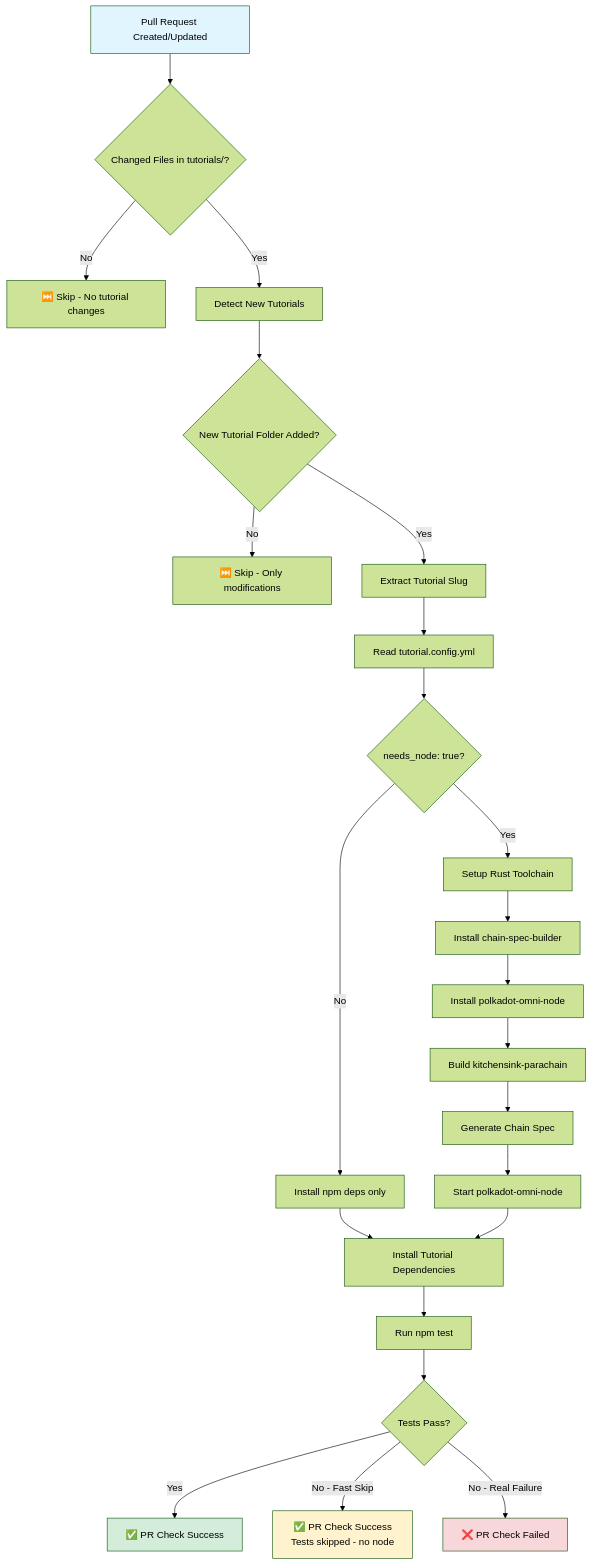
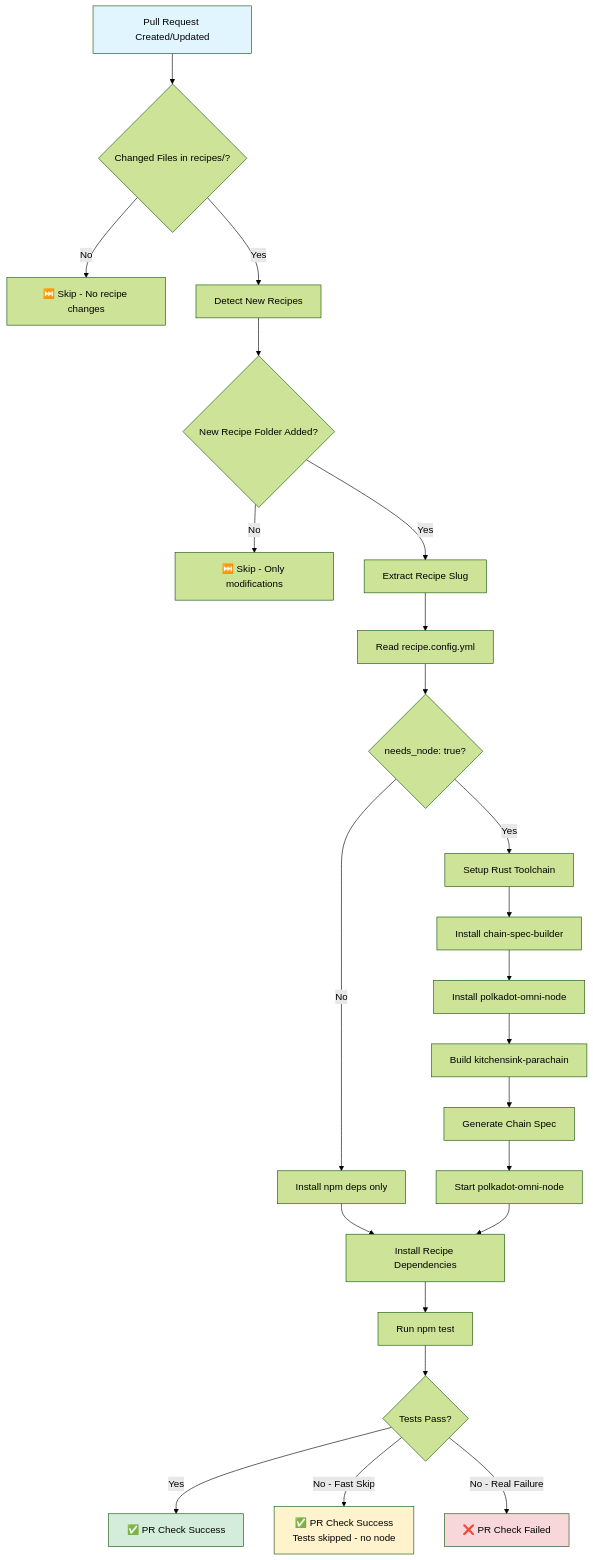
Before and after one commit to polkadot-developers/polkadot-cookbook: the second of 3 diagrams in docs/WORKFLOWS.md, drawn with Mermaid (forest theme). The commit also changed other lines of this file and 57 other files, not shown here.

First line of the commit message:
feat: rename tutorials to recipes and add frontmatter support

````diff
--- a/docs/WORKFLOWS.md
+++ b/docs/WORKFLOWS.md
@@ -65,35 +65,35 @@
 ```mermaid
 graph TD
-    A[Pull Request Created/Updated] --> B{Changed Files in tutorials/?}
-    B -->|No| C[⏭️ Skip - No tutorial changes]
-    B -->|Yes| D[Detect New Tutorials]
+    A[Pull Request Created/Updated] --> B{Changed Files in recipes/?}
+    B -->|No| C[⏭️ Skip - No recipe changes]
+    B -->|Yes| D[Detect New Recipes]
 
-    D --> E{New Tutorial Folder Added?}
+    D --> E{New Recipe Folder Added?}
     E -->|No| F[⏭️ Skip - Only modifications]
-    E -->|Yes| G[Extract Tutorial Slug]
+    E -->|Yes| G[Extract Recipe Slug]
 
-    G --> H[Read tutorial.config.yml]
+    G --> H[Read recipe.config.yml]
     H --> I{needs_node: true?}
     I -->|No| J[Install npm deps only]
     I -->|Yes| K[Setup Rust Toolchain]
 
     K --> L[Install chain-spec-builder]
     L --> M[Install polkadot-omni-node]
     M --> N[Build kitchensink-parachain]
     N --> O[Generate Chain Spec]
     O --> P[Start polkadot-omni-node]
 
-    J --> Q[Install Tutorial Dependencies]
+    J --> Q[Install Recipe Dependencies]
     P --> Q
 
     Q --> R[Run npm test]
     R --> S{Tests Pass?}
     S -->|Yes| T[✅ PR Check Success]
     S -->|No - Fast Skip| U[✅ PR Check Success<br/>Tests skipped - no node]
     S -->|No - Real Failure| V[❌ PR Check Failed]
 
     style A fill:#e1f5ff
     style T fill:#d4edda
     style U fill:#fff3cd
     style V fill:#f8d7da
 ```
````
